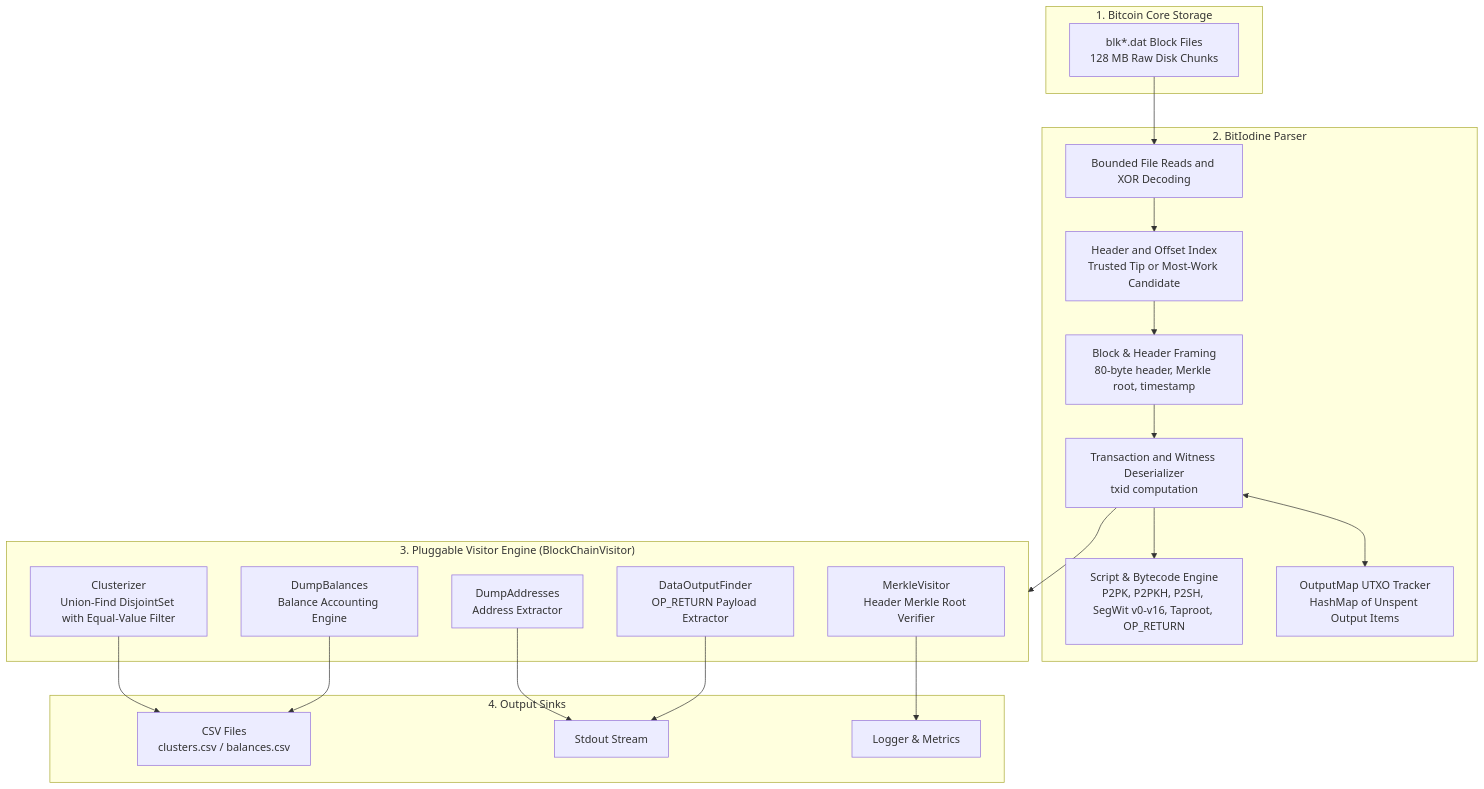
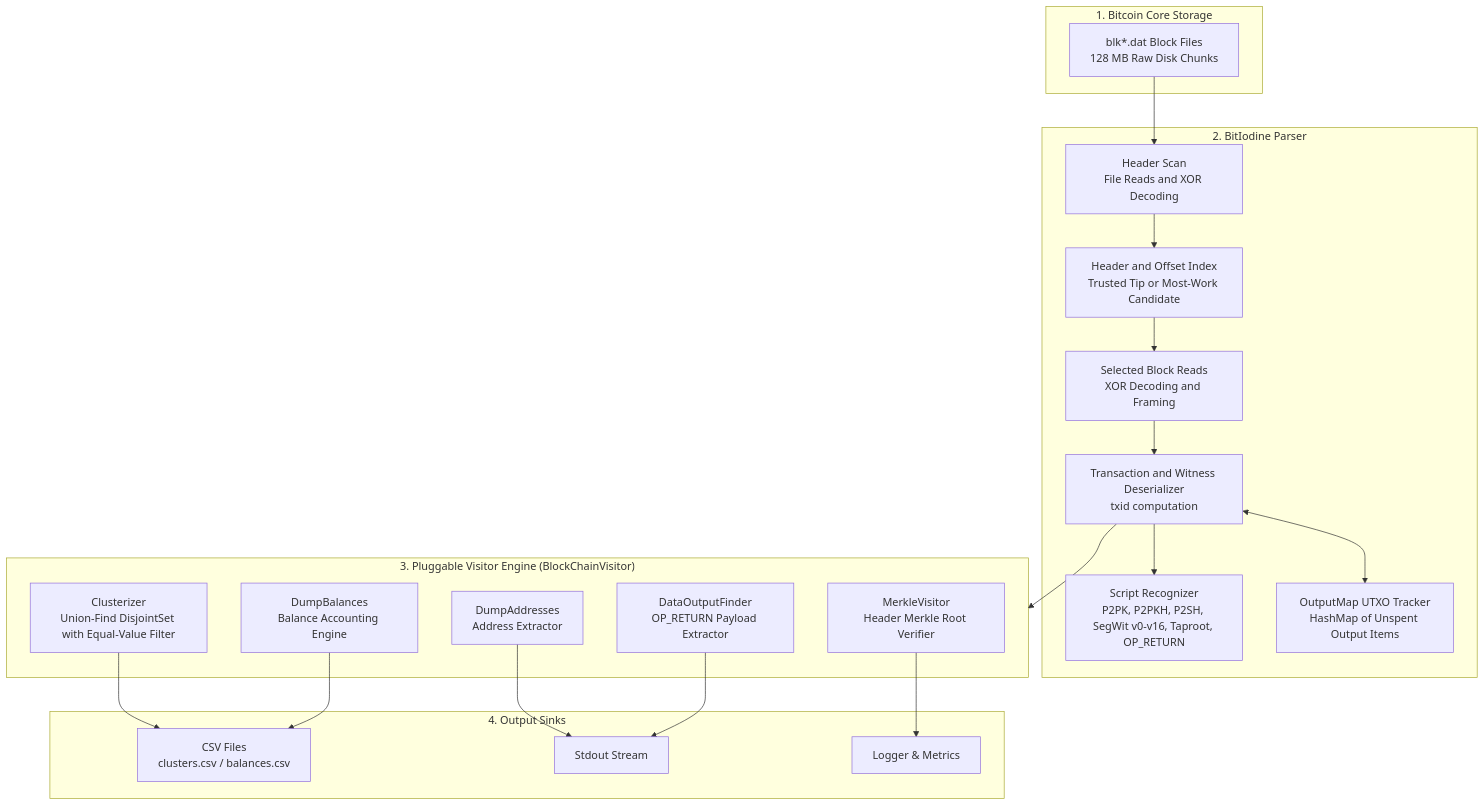
The first of 3 diagrams in README.md (mikispag/bitiodine), drawn with Mermaid before and after one commit. The commit also changed other lines of this file and 3 other files, not shown here.

````diff
--- a/README.md
+++ b/README.md
@@ -128,43 +157,43 @@
 ```mermaid
 flowchart TD
     subgraph Storage["1. Bitcoin Core Storage"]
         BLK["blk*.dat Block Files<br/>128 MB Raw Disk Chunks"]
     end
 
     subgraph Core["2. BitIodine Parser"]
-        READ["Bounded File Reads and XOR Decoding"]
+        READ["Header Scan<br/>File Reads and XOR Decoding"]
         SEQ["Header and Offset Index<br/>Trusted Tip or Most-Work Candidate"]
-        FRAMER["Block & Header Framing<br/>80-byte header, Merkle root, timestamp"]
+        FRAMER["Selected Block Reads<br/>XOR Decoding and Framing"]
         TXP["Transaction and Witness Deserializer<br/>txid computation"]
-        SCRIPT["Script & Bytecode Engine<br/>P2PK, P2PKH, P2SH, SegWit v0-v16, Taproot, OP_RETURN"]
+        SCRIPT["Script Recognizer<br/>P2PK, P2PKH, P2SH, SegWit v0-v16, Taproot, OP_RETURN"]
         UTXO["OutputMap UTXO Tracker<br/>HashMap of Unspent Output Items"]
     end
 
     subgraph Visitors["3. Pluggable Visitor Engine (BlockChainVisitor)"]
         CLUST["Clusterizer<br/>Union-Find DisjointSet with Equal-Value Filter"]
         BAL["DumpBalances<br/>Balance Accounting Engine"]
         ADDR["DumpAddresses<br/>Address Extractor"]
         MERK["MerkleVisitor<br/>Header Merkle Root Verifier"]
         DATA["DataOutputFinder<br/>OP_RETURN Payload Extractor"]
     end
 
     subgraph Sinks["4. Output Sinks"]
         CSV["CSV Files<br/>clusters.csv / balances.csv"]
         STDOUT["Stdout Stream"]
         LOGS["Logger & Metrics"]
     end
 
     BLK --> READ
     READ --> SEQ
     SEQ --> FRAMER
     FRAMER --> TXP
     TXP --> SCRIPT
     TXP <--> UTXO
     TXP --> Visitors
 
     CLUST --> CSV
     BAL --> CSV
     ADDR --> STDOUT
     MERK --> LOGS
     DATA --> STDOUT
 ```
````
